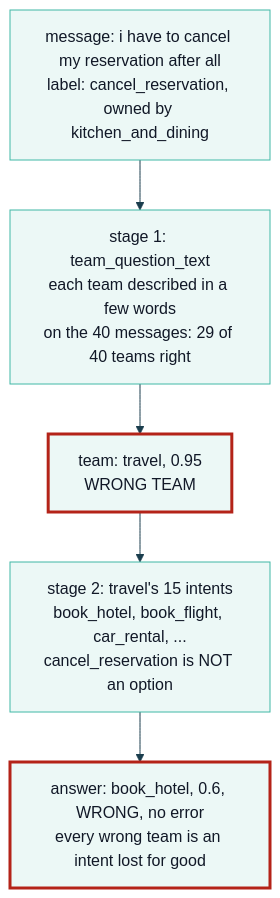
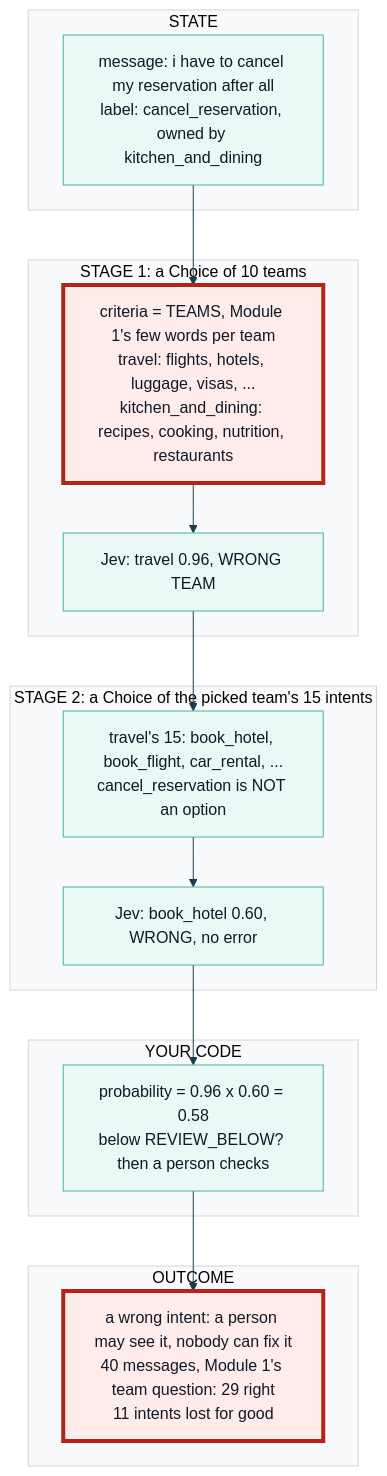
The diagram in course/diagrams/module_02/p3-problem-stage-one.mmd (axel-sirota/getting_started_jev), drawn with Mermaid before and after one commit. The commit also changed 31 other files, not shown here.

Commit message:
Module 2: notebooks and diagrams

```diff
--- a/course/diagrams/module_02/p3-problem-stage-one.mmd
+++ b/course/diagrams/module_02/p3-problem-stage-one.mmd
@@ -1,8 +1,26 @@
 %%{init: {"theme": "base", "themeVariables": {"fontFamily": "Inter, sans-serif", "primaryColor": "#ECF8F6", "primaryBorderColor": "#40B8A6", "primaryTextColor": "#111827", "lineColor": "#1A3D4D", "secondaryColor": "#F9FAFB", "tertiaryColor": "#FFFFFF", "clusterBkg": "#F9FAFB", "clusterBorder": "#D1D5DB", "actorBkg": "#ECF8F6", "actorBorder": "#40B8A6", "noteBkgColor": "#FFF6DA", "noteBorderColor": "#E0B84C"}}}%%
 flowchart TD
-  M["message: i have to cancel my reservation after all<br/>label: cancel_reservation, owned by kitchen_and_dining"] --> S1["stage 1: team_question_text<br/>each team described in a few words<br/>on the 40 messages: 29 of 40 teams right"]
-  S1 --> T["team: travel, 0.95<br/>WRONG TEAM"]
-  T --> S2["stage 2: travel's 15 intents<br/>book_hotel, book_flight, car_rental, ...<br/>cancel_reservation is NOT an option"]
-  S2 --> X["answer: book_hotel, 0.6, WRONG, no error<br/>every wrong team is an intent lost for good"]
-  style T stroke:#B42318,stroke-width:3px
-  style X stroke:#B42318,stroke-width:3px
+  subgraph STATE["STATE"]
+    S["message: i have to cancel my reservation after all<br/>label: cancel_reservation, owned by kitchen_and_dining"]
+  end
+  subgraph STAGE1["STAGE 1: a Choice of 10 teams"]
+    T["criteria = TEAMS, Module 1's few words per team<br/>travel: flights, hotels, luggage, visas, ...<br/>kitchen_and_dining: recipes, cooking, nutrition, restaurants"]
+    TA["Jev: travel 0.96, WRONG TEAM"]
+  end
+  subgraph STAGE2["STAGE 2: a Choice of the picked team's 15 intents"]
+    I["travel's 15: book_hotel, book_flight, car_rental, ...<br/>cancel_reservation is NOT an option"]
+    IA["Jev: book_hotel 0.60, WRONG, no error"]
+  end
+  subgraph CODE["YOUR CODE"]
+    P["probability = 0.96 x 0.60 = 0.58<br/>below REVIEW_BELOW? then a person checks"]
+  end
+  subgraph OUTCOME["OUTCOME"]
+    O["a wrong intent: a person may see it, nobody can fix it<br/>40 messages, Module 1's team question: 29 right<br/>11 intents lost for good"]
+  end
+  S --> T --> TA --> I --> IA --> P --> O
+
+  classDef fail fill:#FDECEA,stroke:#B42318,stroke-width:4px
+  classDef changed fill:#D5F2EC,stroke:#1A3D4D,stroke-width:4px
+  classDef ok fill:#ECF8F6,stroke:#1A3D4D,stroke-width:3px
+  class T fail
+  class O fail
```
